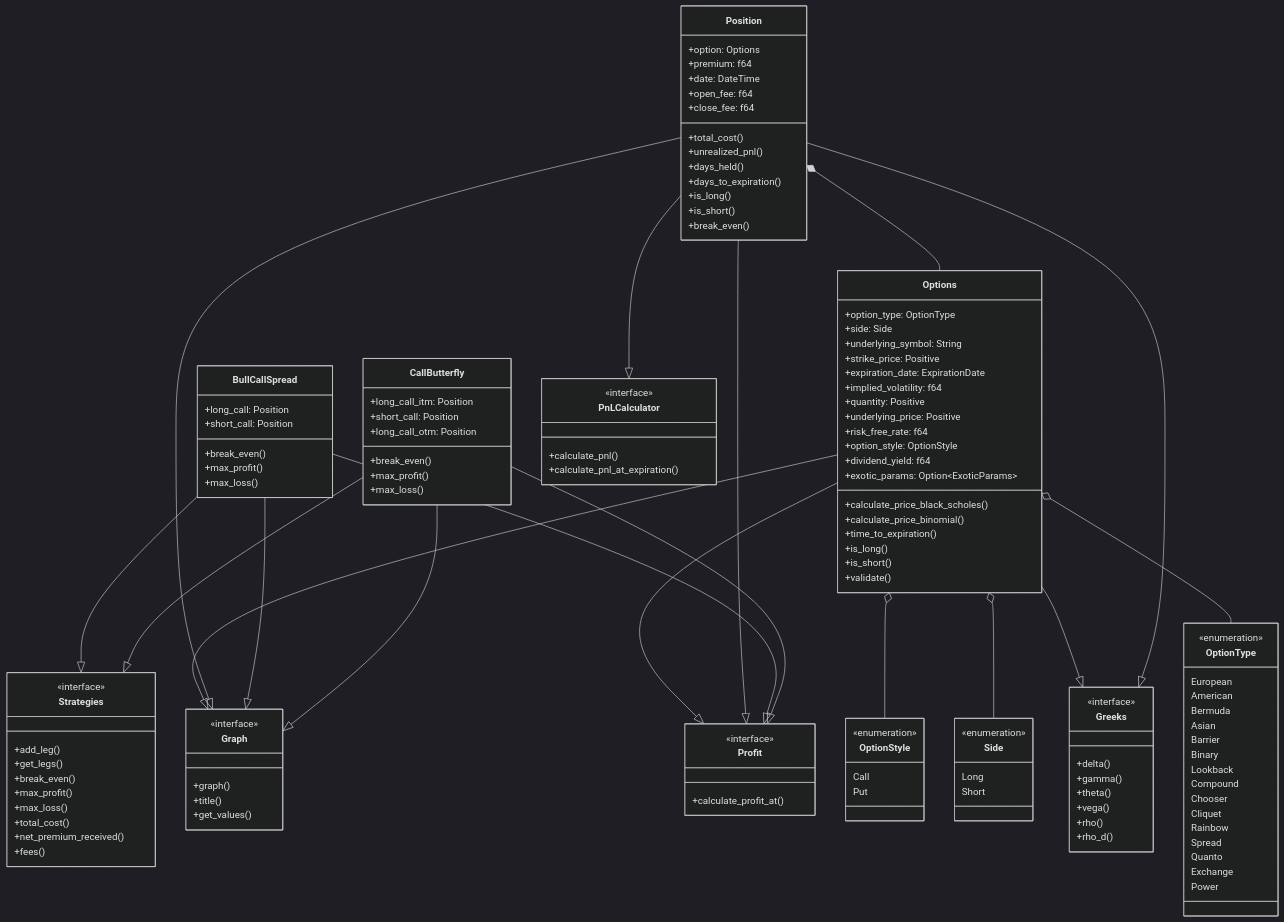
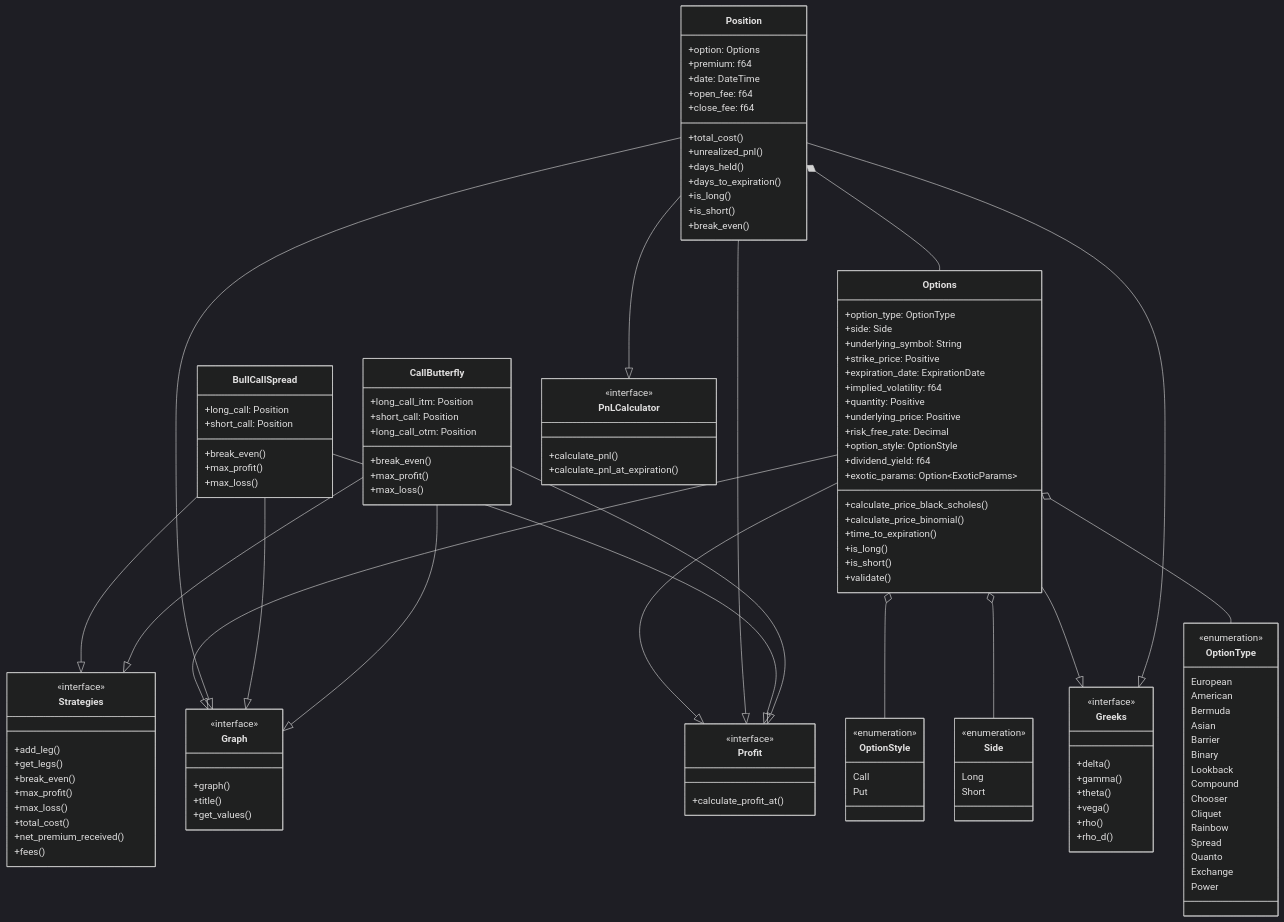
The first of 3 diagrams in README.md (joaquinbejar/OptionStratLib), drawn with Mermaid (dark theme) before and after one commit. The commit also changed 1 other file, not shown here.

Commit message:
Refactor numeric types for precision and consistency
Updated `risk_free_rate` to use `Decimal` and standardized numeric types like `implied_volatility` and `dividend_yield` to `Positive`. Adjusted related macros and examples to ensure proper usage of these updated types for improved clarity and precision.

```diff
--- a/README.md
+++ b/README.md
@@ -176,7 +176,7 @@
  +implied_volatility: f64
  +quantity: Positive
  +underlying_price: Positive
- +risk_free_rate: f64
+ +risk_free_rate: Decimal
  +option_style: OptionStyle
  +dividend_yield: f64
  +exotic_params: Option~ExoticParams~
```
